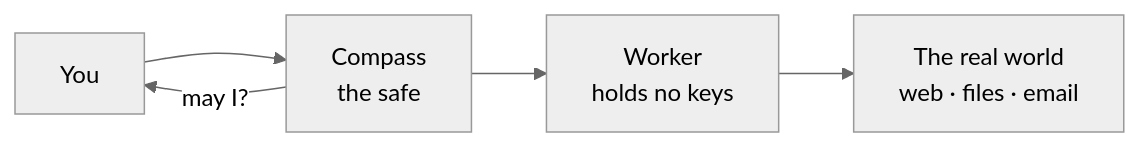
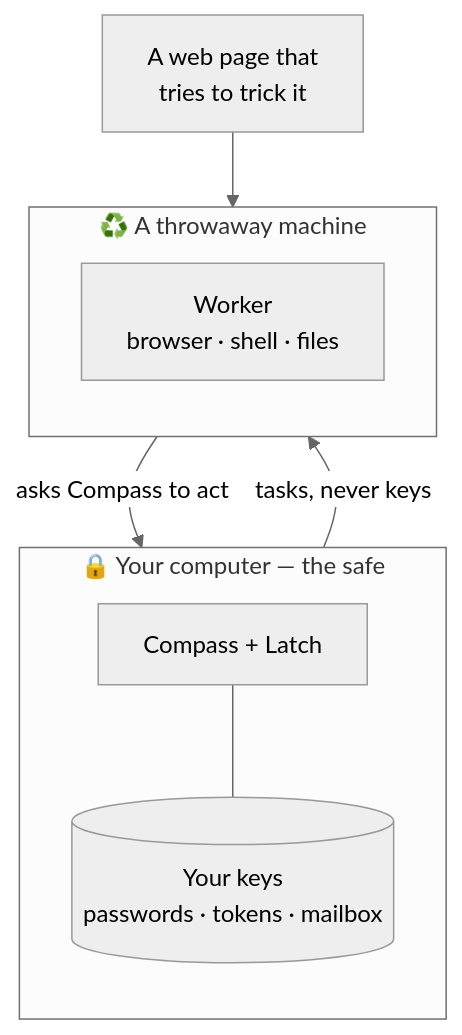
One commit to joergensentroels/Latch changed the second of 3 diagrams in WHAT-IS-THIS.md. Above: the diagram before and after it, drawn with Mermaid (neutral theme). The commit also changed other lines of this file and 1 other file, not shown here.

````diff
--- a/WHAT-IS-THIS.md
+++ b/WHAT-IS-THIS.md
@@ -27,7 +36,16 @@
 ```mermaid
-flowchart LR
-  A["You"] --> B["Compass<br/>the safe"]
-  B -- "may I?" --> A
-  B --> C["Worker<br/>holds no keys"]
-  C --> D["The real world<br/>web · files · email"]
+flowchart TB
+  subgraph SAFE["🔒 Your computer — the safe"]
+    direction TB
+    C["Compass + Latch"]
+    K[("Your keys<br/>passwords · tokens · mailbox")]
+    C --- K
+  end
+  subgraph WORK["♻️ A throwaway machine"]
+    direction TB
+    W["Worker<br/>browser · shell · files"]
+  end
+  C -- "tasks, never keys" --> W
+  W -- "asks Compass to act" --> C
+  BAD["A web page that<br/>tries to trick it"] --> W
 ```
````
